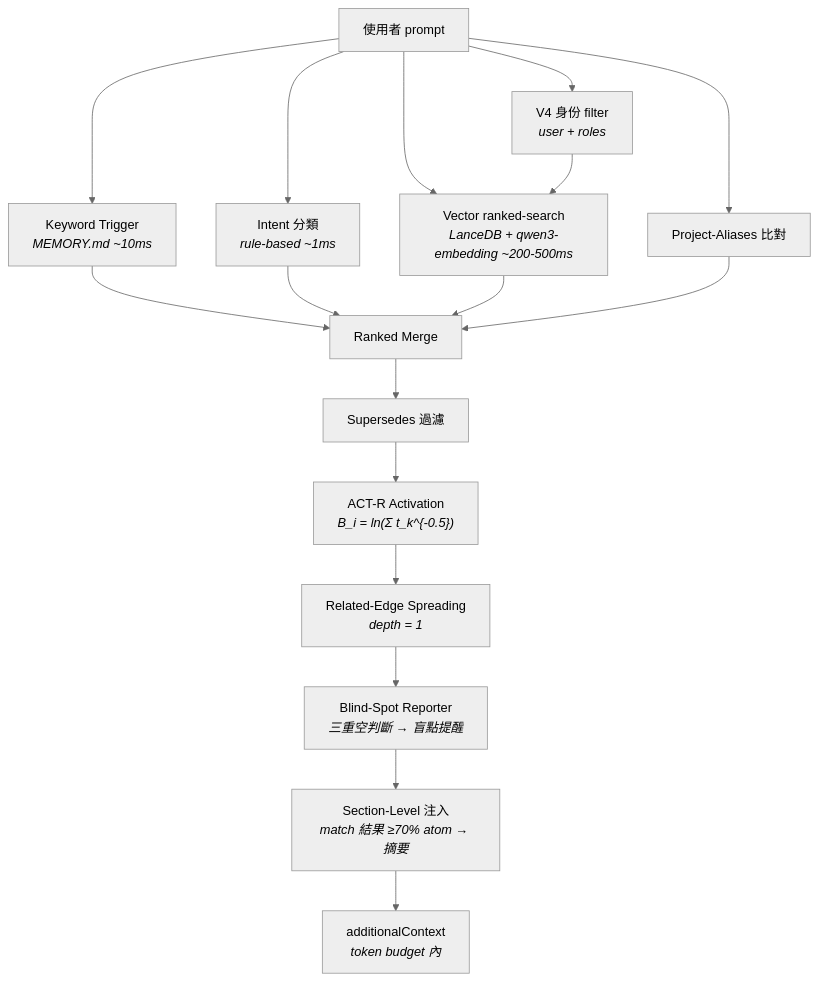
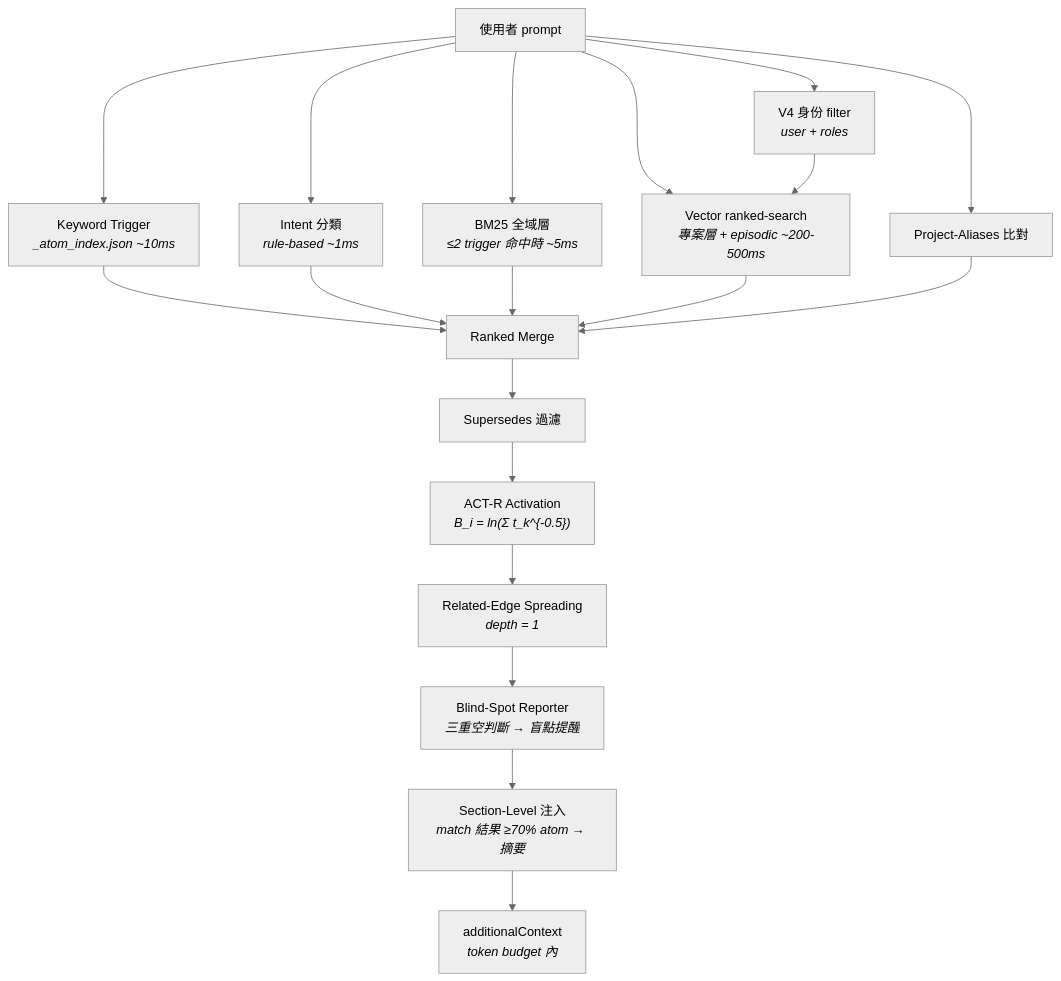
Before and after one commit to holylight1979/AtomicMemory-ClaudeCode: the third of 4 diagrams in TECH.md, drawn with Mermaid (neutral theme). The commit also changed other lines of this file and 15 other files, not shown here.

````diff
--- a/TECH.md
+++ b/TECH.md
@@ -371,21 +424,23 @@
 ```mermaid
 flowchart TD
-    P["使用者 prompt"] --> KW["Keyword Trigger<br/><i>MEMORY.md ~10ms</i>"]
+    P["使用者 prompt"] --> KW["Keyword Trigger<br/><i>_atom_index.json ~10ms</i>"]
     P --> INT["Intent 分類<br/><i>rule-based ~1ms</i>"]
-    P --> VS["Vector ranked-search<br/><i>LanceDB + qwen3-embedding ~200-500ms</i>"]
+    P --> BM["BM25 全域層<br/><i>≤2 trigger 命中時 ~5ms</i>"]
+    P --> VS["Vector ranked-search<br/><i>專案層 + episodic ~200-500ms</i>"]
     P --> PA["Project-Aliases 比對"]
     P --> UF["V4 身份 filter<br/><i>user + roles</i>"]
 
     KW --> MG["Ranked Merge"]
     INT --> MG
+    BM --> MG
     VS --> MG
     PA --> MG
     UF --> VS
 
     MG --> SF["Supersedes 過濾"]
     SF --> AR["ACT-R Activation<br/><i>B_i = ln(Σ t_k^{-0.5})</i>"]
     AR --> RL["Related-Edge Spreading<br/><i>depth = 1</i>"]
     RL --> BS["Blind-Spot Reporter<br/><i>三重空判斷 → 盲點提醒</i>"]
     BS --> SEC["Section-Level 注入<br/><i>match 結果 ≥70% atom → 摘要</i>"]
     SEC --> CTX["additionalContext<br/><i>token budget 內</i>"]
 ```
````
